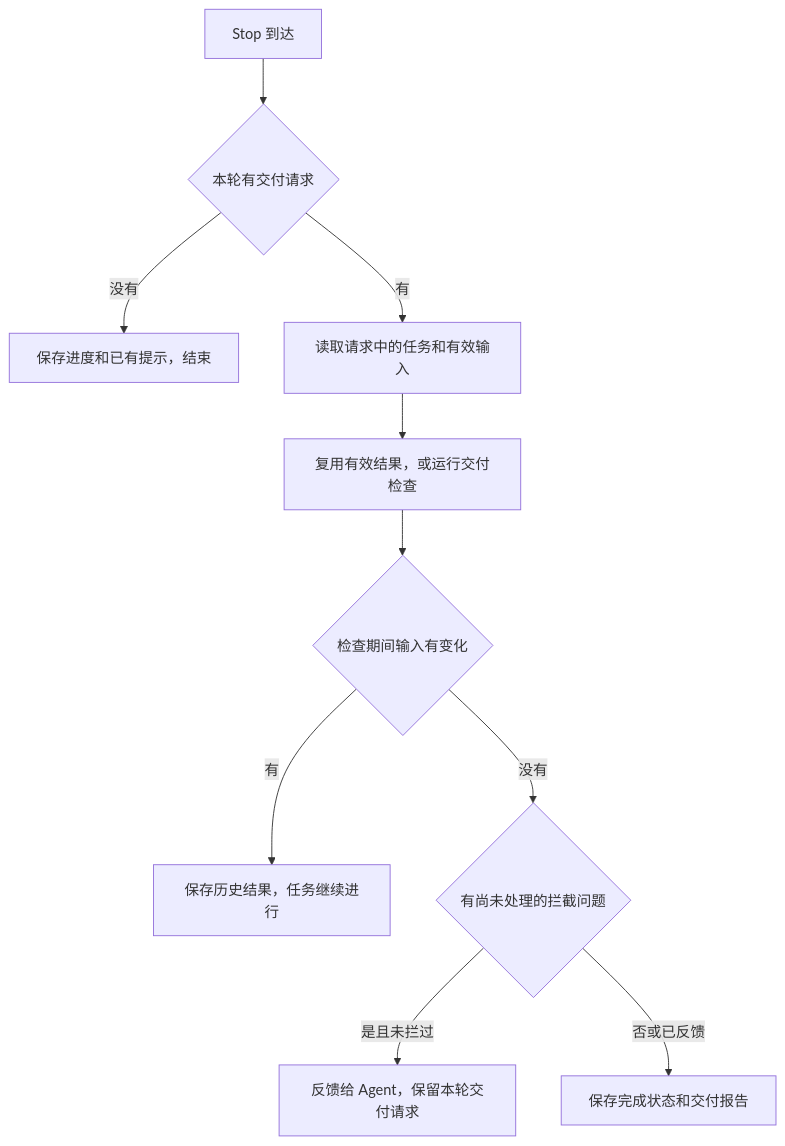
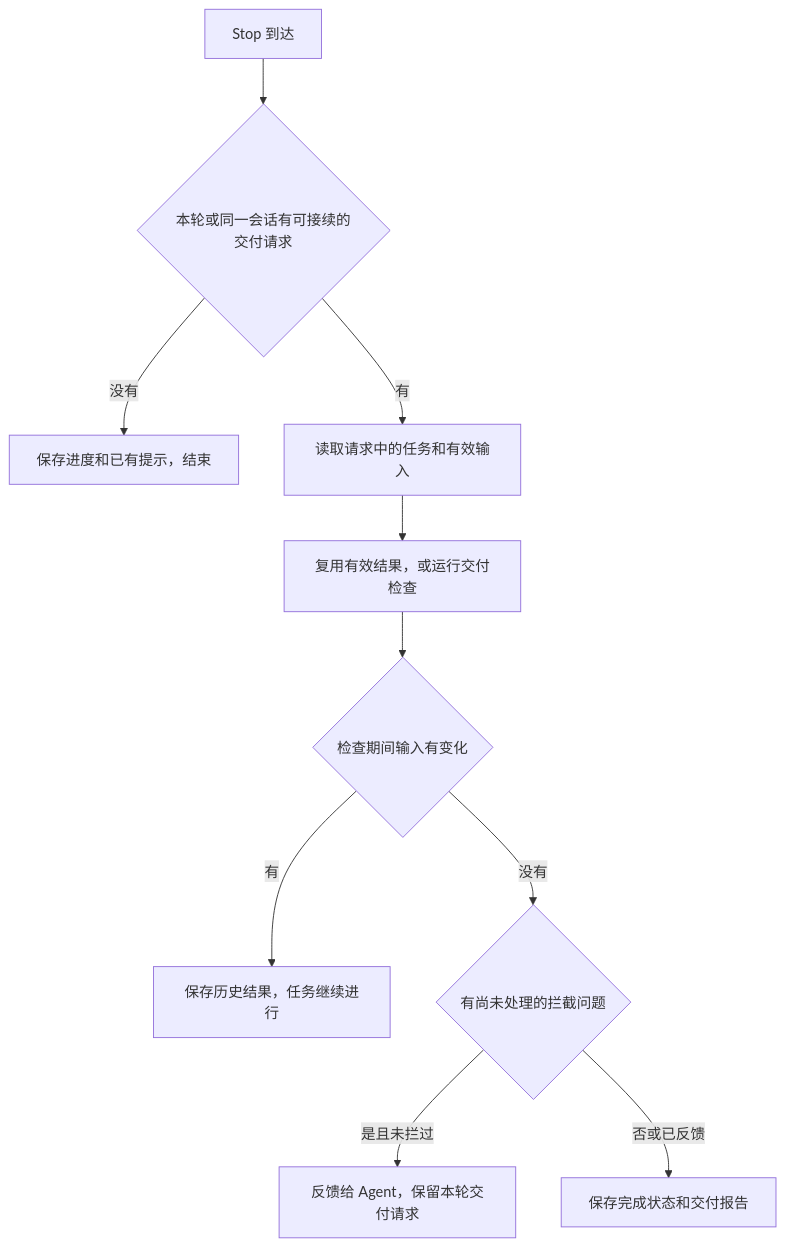
Before and after one commit to Innocent-children/TaskBelay: the diagram in docs/product-agent-integration.md, drawn with Mermaid. The commit also changed other lines of this file and 10 other files, not shown here.

````diff
--- a/docs/product-agent-integration.md
+++ b/docs/product-agent-integration.md
@@ -70,12 +70,12 @@
 ```mermaid
 flowchart TB
-    A[Stop 到达] --> B{本轮有交付请求}
+    A[Stop 到达] --> B{本轮或同一会话有可接续的交付请求}
     B -->|没有| C[保存进度和已有提示，结束]
     B -->|有| D[读取请求中的任务和有效输入]
     D --> E[复用有效结果，或运行交付检查]
     E --> F{检查期间输入有变化}
     F -->|有| G[保存历史结果，任务继续进行]
     F -->|没有| H{有尚未处理的拦截问题}
     H -->|是且未拦过| I[反馈给 Agent，保留本轮交付请求]
     H -->|否或已反馈| J[保存完成状态和交付报告]
 ```
````
